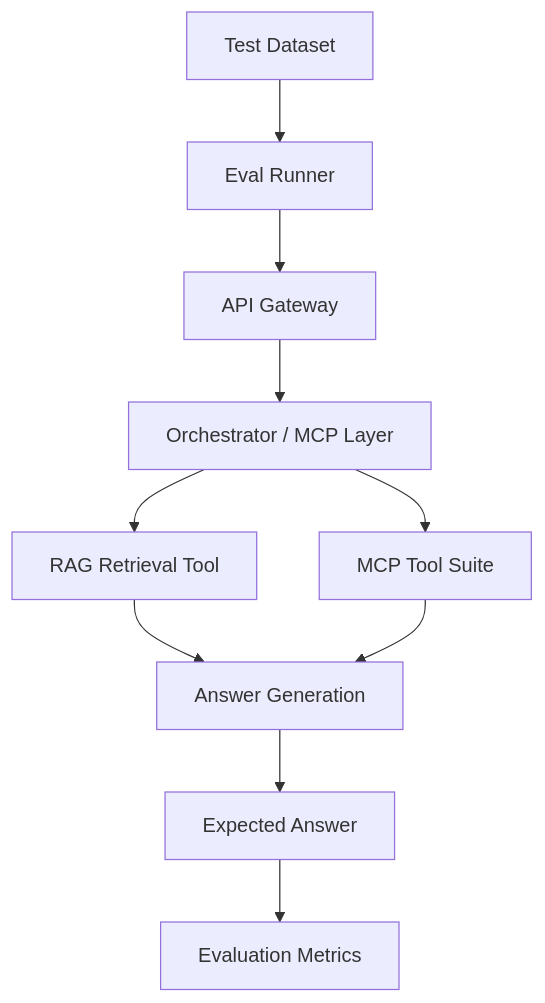
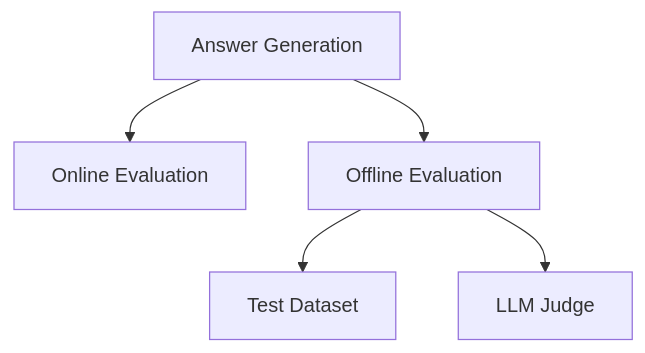
The second of 2 diagrams in README.md (taixingbi/chat-bot-docs), drawn with Mermaid before and after one commit.

Commit message:
Update flowchart in README for answer generation

````diff
--- a/README.md
+++ b/README.md
@@ -26,21 +26,11 @@
 ```mermaid
 flowchart TD
 
-A[Test Dataset]
+Answer[Answer Generation]
 
-A --> B[Eval Runner]
+Answer --> Online[Online Evaluation]
+Answer --> Offline[Offline Evaluation]
 
-B --> C[API Gateway]
-
-C --> D[Orchestrator / MCP Layer]
-
-D --> E[RAG Retrieval Tool]
-D --> F[MCP Tool Suite]
-
-E --> G[Answer Generation]
-F --> G
-
-G --> H[Expected Answer]
-
-H --> I[Evaluation Metrics]
+Offline --> Dataset[Test Dataset]
+Offline --> Judge[LLM Judge]
 ```
````
